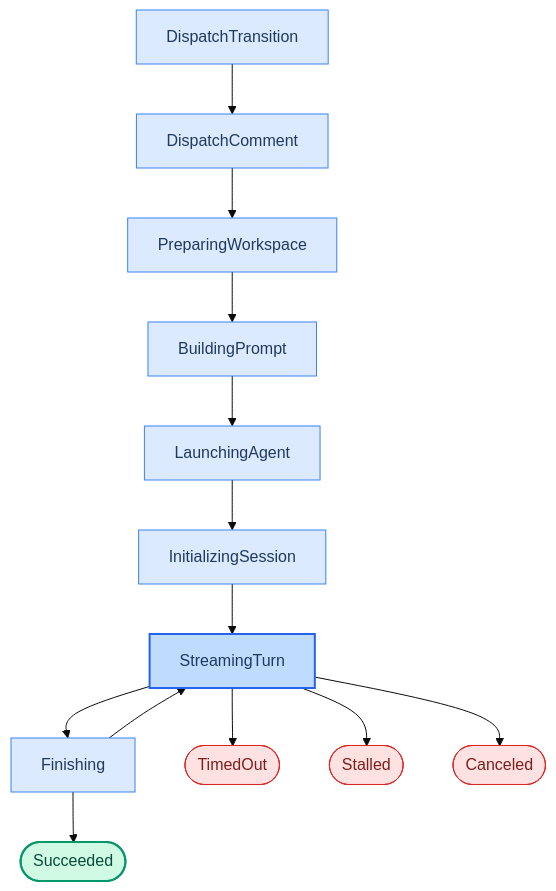
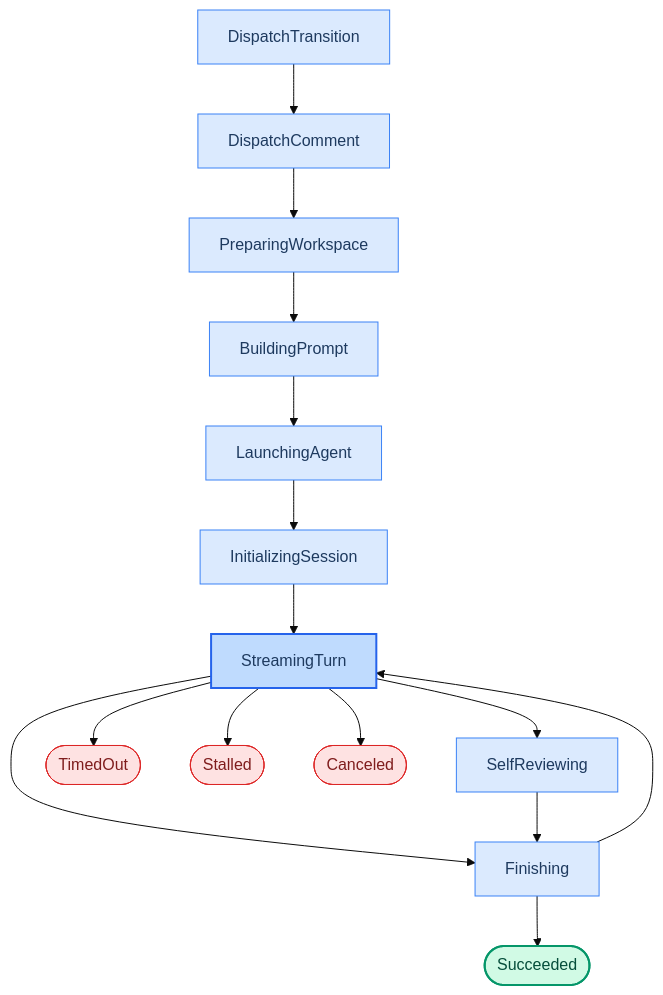
Before and after one commit to sortie-ai/docs: the second of 2 diagrams in content/reference/state-machine.md, drawn with Mermaid (base theme). The commit also changed other lines of this file and 3 other files, not shown here.

````diff
--- a/content/reference/state-machine.md
+++ b/content/reference/state-machine.md
@@ -107,27 +108,29 @@
 ```mermaid
 flowchart TD
     DT[DispatchTransition] --> DC[DispatchComment]
     DC --> PW[PreparingWorkspace]
     PW --> BP[BuildingPrompt]
     BP --> LA[LaunchingAgent]
     LA --> IS[InitializingSession]
     IS --> ST[StreamingTurn]
     ST --> FN[Finishing]
+    ST --> SR[SelfReviewing]
+    SR --> FN
 
     FN --> ST
     FN --> OK([Succeeded])
 
     ST --> TO([TimedOut])
     ST --> SL([Stalled])
     ST --> CR([Canceled])
 
     classDef phase fill:#dbeafe,stroke:#3b82f6,color:#1e3a5f
     classDef active fill:#bfdbfe,stroke:#2563eb,color:#1e3a5f,stroke-width:2px
     classDef success fill:#d1fae5,stroke:#059669,color:#064e3b,stroke-width:2px
     classDef failure fill:#fee2e2,stroke:#dc2626,color:#7f1d1d
 
-    class DT,DC,PW,BP,LA,IS,FN phase
+    class DT,DC,PW,BP,LA,IS,SR,FN phase
     class ST active
     class OK success
     class TO,SL,CR failure
 ```
````
